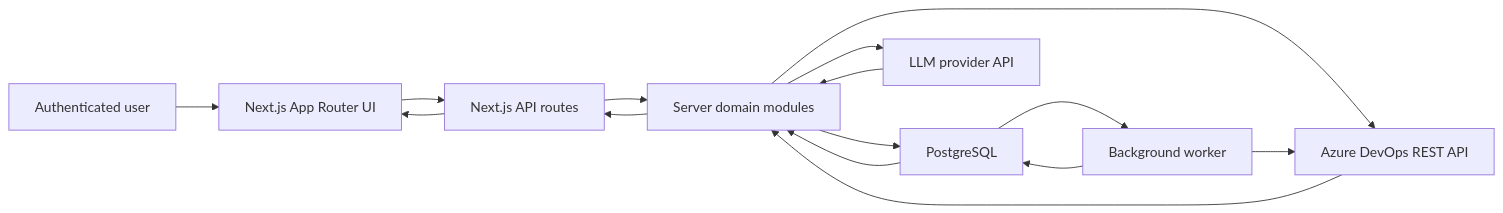
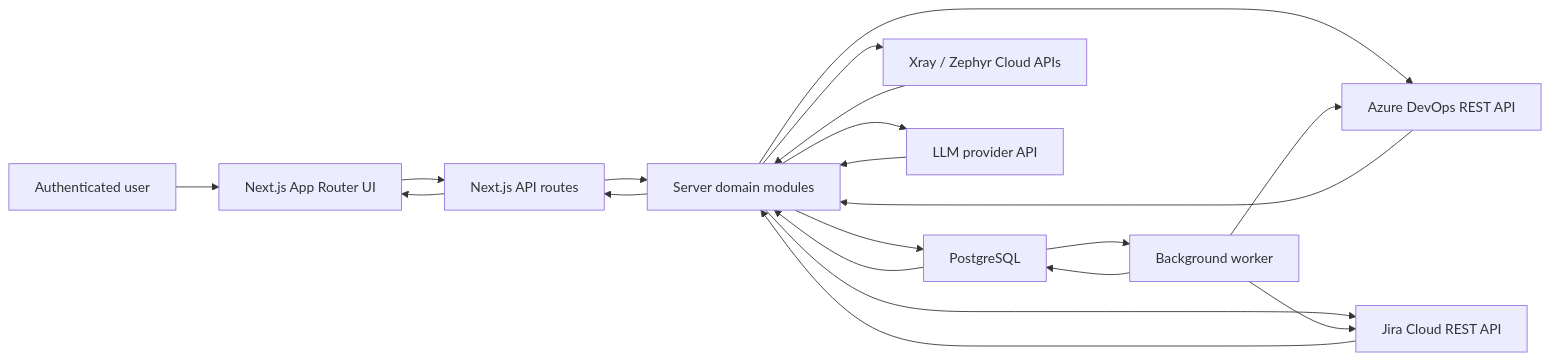
Before and after one commit to iTestFlow/iTestFlow-Agent: the diagram in PROJECT_ARCHITECTURE.md, drawn with Mermaid. The commit also changed other lines of this file and 7 other files, not shown here.

Commit message:
docs: document Jira Cloud integration

````diff
--- a/PROJECT_ARCHITECTURE.md
+++ b/PROJECT_ARCHITECTURE.md
@@ -9,26 +9,33 @@
 ```mermaid
 flowchart LR
   User["Authenticated user"]
   UI["Next.js App Router UI"]
   API["Next.js API routes"]
   Modules["Server domain modules"]
   PG["PostgreSQL"]
   Worker["Background worker"]
   ADO["Azure DevOps REST API"]
+  Jira["Jira Cloud REST API"]
+  Artifacts["Xray / Zephyr Cloud APIs"]
   LLM["LLM provider API"]
 
   User --> UI
   UI --> API
   API --> Modules
   Modules --> PG
   Modules --> ADO
+  Modules --> Jira
+  Modules --> Artifacts
   Modules --> LLM
   Worker --> PG
   Worker --> ADO
+  Worker --> Jira
   PG --> Modules
   PG --> Worker
   ADO --> Modules
+  Jira --> Modules
+  Artifacts --> Modules
   LLM --> Modules
   Modules --> API
   API --> UI
 ```
````
